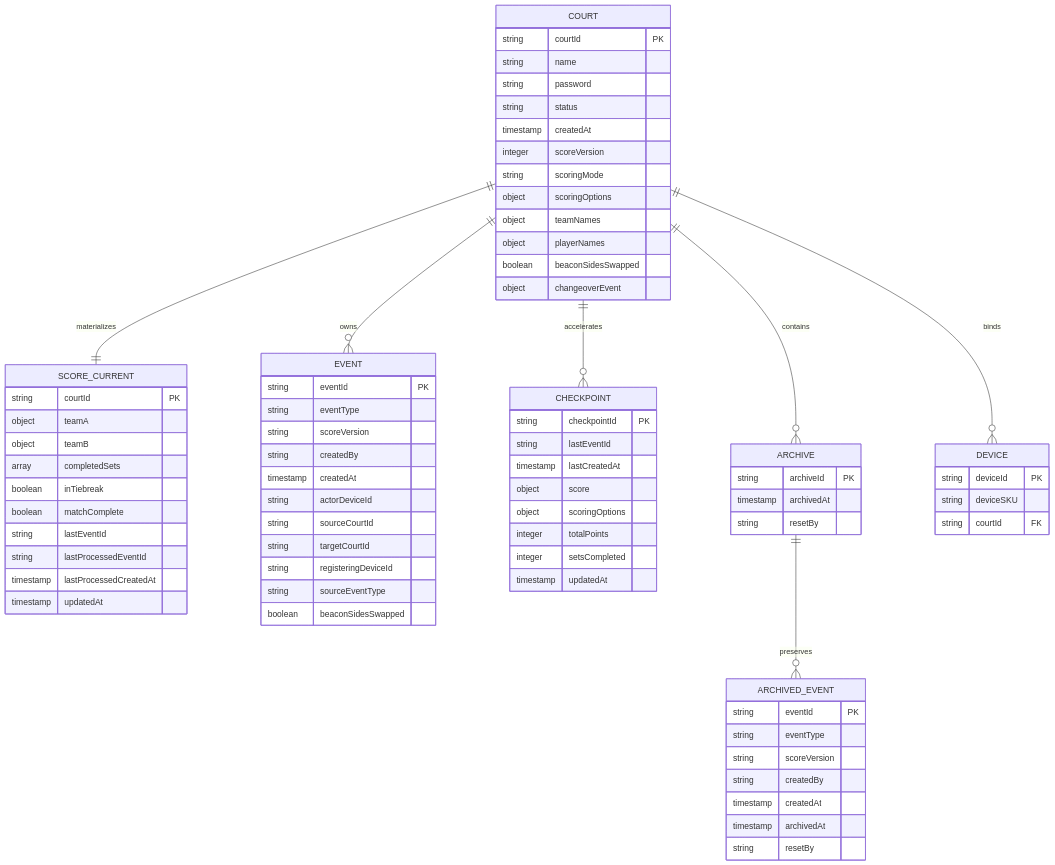
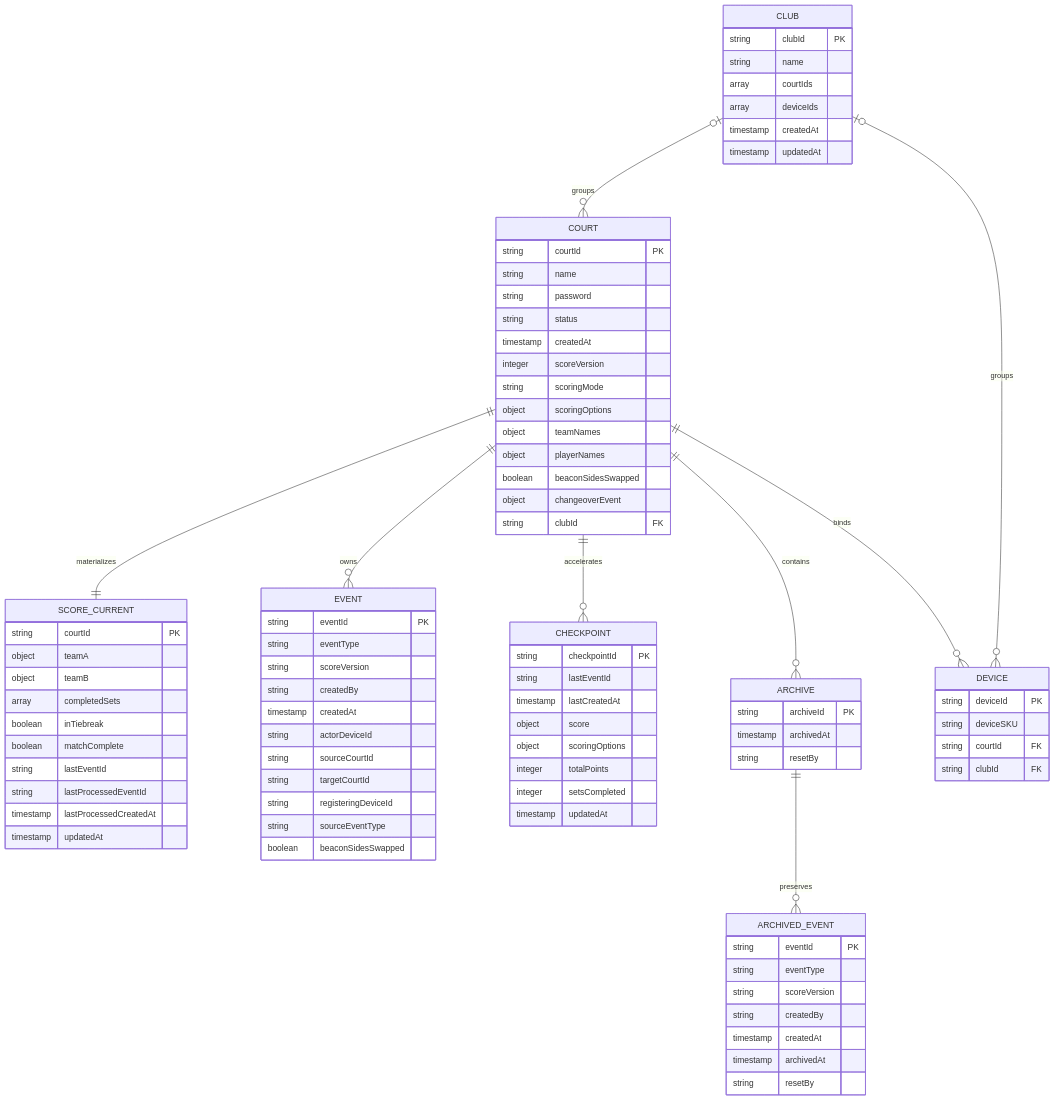
The diagram in docs/PP_Data_Model.mmd (creepyLANguy/PuntoPrototype), drawn with Mermaid before and after one commit. The commit also changed 6 other files, not shown here.

```diff
--- a/docs/PP_Data_Model.mmd
+++ b/docs/PP_Data_Model.mmd
@@ -1,82 +1,95 @@
 erDiagram
     COURT {
         string courtId PK
         string name
         string password
         string status
         timestamp createdAt
         integer scoreVersion
         string scoringMode
         object scoringOptions
         object teamNames
         object playerNames
         boolean beaconSidesSwapped
         object changeoverEvent
+        string clubId FK
+    }
+
+    CLUB {
+        string clubId PK
+        string name
+        array courtIds
+        array deviceIds
+        timestamp createdAt
+        timestamp updatedAt
     }
 
     SCORE_CURRENT {
         string courtId PK
         object teamA
         object teamB
         array completedSets
         boolean inTiebreak
         boolean matchComplete
         string lastEventId
         string lastProcessedEventId
         timestamp lastProcessedCreatedAt
         timestamp updatedAt
     }
 
     EVENT {
         string eventId PK
         string eventType
         string scoreVersion
         string createdBy
         timestamp createdAt
         string actorDeviceId
         string sourceCourtId
         string targetCourtId
         string registeringDeviceId
         string sourceEventType
         boolean beaconSidesSwapped
     }
 
     CHECKPOINT {
         string checkpointId PK
         string lastEventId
         timestamp lastCreatedAt
         object score
         object scoringOptions
         integer totalPoints
         integer setsCompleted
         timestamp updatedAt
     }
 
     ARCHIVE {
         string archiveId PK
         timestamp archivedAt
         string resetBy
     }
 
     ARCHIVED_EVENT {
         string eventId PK
         string eventType
         string scoreVersion
         string createdBy
         timestamp createdAt
         timestamp archivedAt
         string resetBy
     }
 
     DEVICE {
         string deviceId PK
         string deviceSKU
         string courtId FK
+        string clubId FK
     }
 
     COURT ||--|| SCORE_CURRENT : materializes
     COURT ||--o{ EVENT : owns
     COURT ||--o{ CHECKPOINT : accelerates
     COURT ||--o{ ARCHIVE : contains
     ARCHIVE ||--o{ ARCHIVED_EVENT : preserves
     COURT ||--o{ DEVICE : binds
+    CLUB |o--o{ COURT : groups
+    CLUB |o--o{ DEVICE : groups
```
